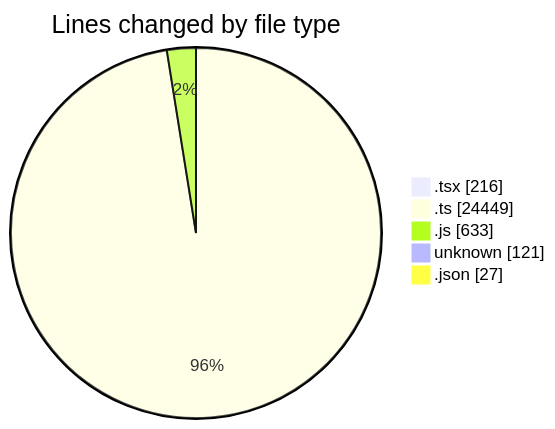
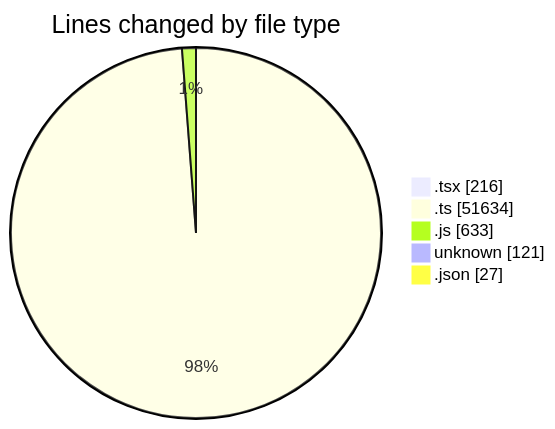
Before and after one commit to momahboobian/code-tracking: the first of 2 diagrams in 2026-06-01/cda/README.md, drawn with Mermaid. The commit also changed other lines of this file and 1 other file, not shown here.

````diff
--- a/2026-06-01/cda/README.md
+++ b/2026-06-01/cda/README.md
@@ -47,9 +49,9 @@
 ```mermaid
 pie showData
 title Lines changed by file type
 ".tsx" : 216
-".ts" : 24449
+".ts" : 51634
 ".js" : 633
 "unknown" : 121
 ".json" : 27
 ```
````
